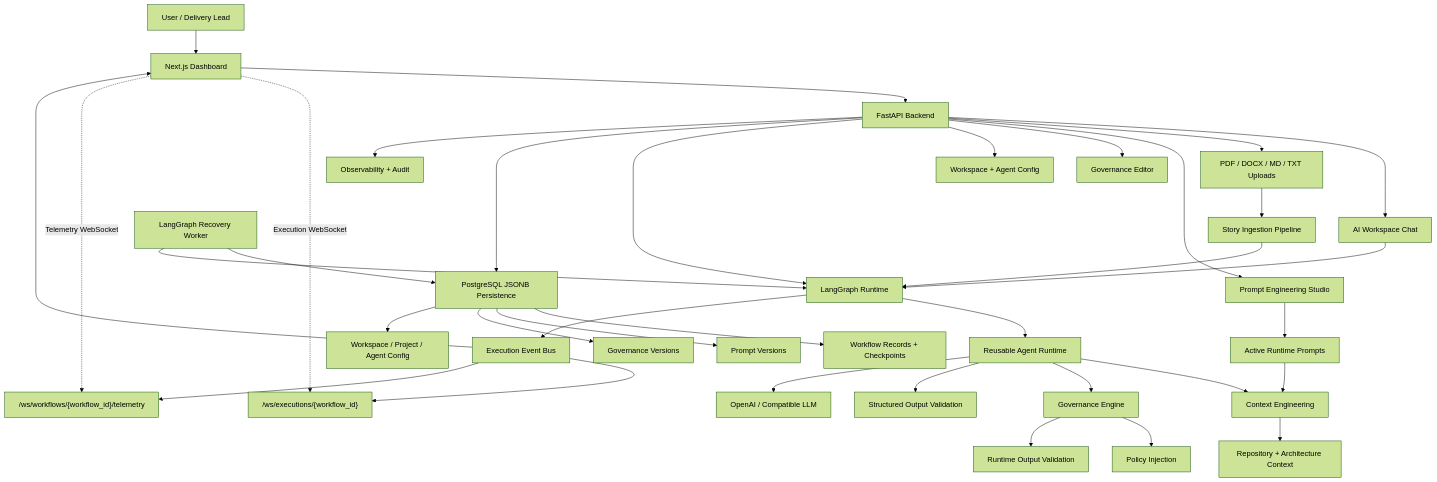
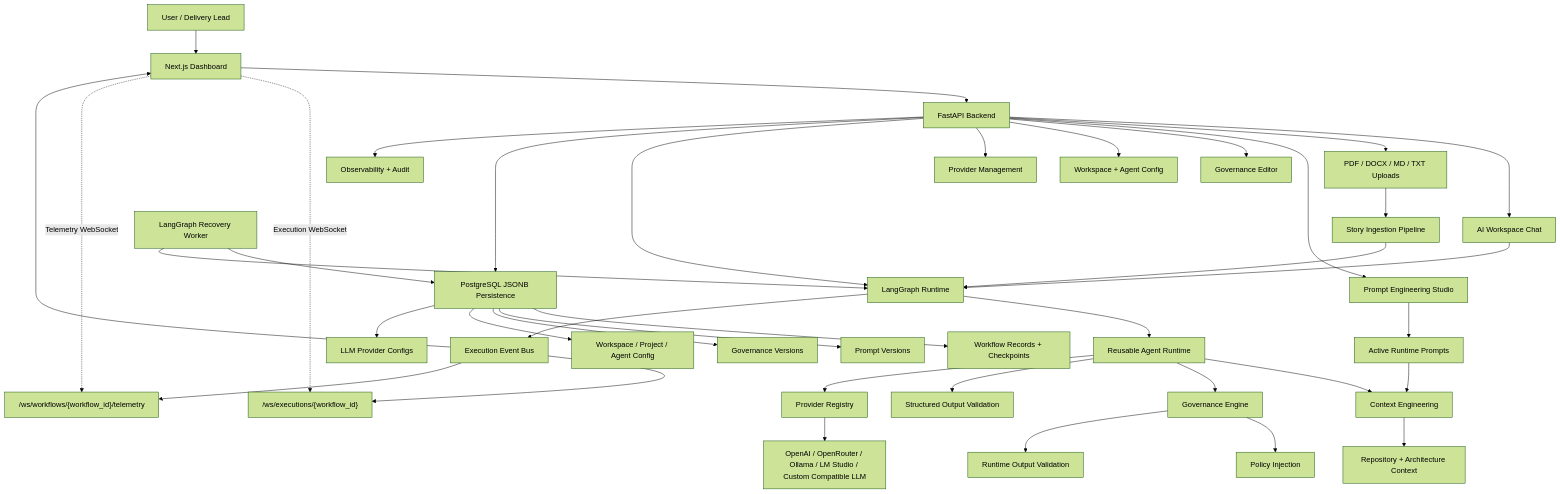
The first of 6 diagrams in README.md (fhuamanr/LegionAgents), drawn with Mermaid (forest theme) before and after one commit. The commit also changed other lines of this file and 21 other files, not shown here.

````diff
--- a/README.md
+++ b/README.md
@@ -164,45 +167,48 @@
 ```mermaid
 flowchart TB
   User["User / Delivery Lead"] --> UI["Next.js Dashboard"]
   UI --> API["FastAPI Backend"]
   UI -. "Execution WebSocket" .-> ExecutionWS["/ws/executions/{workflow_id}"]
   UI -. "Telemetry WebSocket" .-> TelemetryWS["/ws/workflows/{workflow_id}/telemetry"]
 
   API --> Chat["AI Workspace Chat"]
   API --> Uploads["PDF / DOCX / MD / TXT Uploads"]
   API --> PromptStudio["Prompt Engineering Studio"]
   API --> GovernanceEditor["Governance Editor"]
   API --> Workspaces["Workspace + Agent Config"]
+  API --> Providers["Provider Management"]
   API --> Graph["LangGraph Runtime"]
   API --> Persistence["PostgreSQL JSONB Persistence"]
   API --> Observability["Observability + Audit"]
 
   Persistence --> WorkflowRecords["Workflow Records + Checkpoints"]
   Persistence --> PromptVersions["Prompt Versions"]
   Persistence --> GovernanceVersions["Governance Versions"]
   Persistence --> WorkspaceRecords["Workspace / Project / Agent Config"]
+  Persistence --> ProviderRecords["LLM Provider Configs"]
 
   Uploads --> Ingestion["Story Ingestion Pipeline"]
   Chat --> Graph
   Ingestion --> Graph
 
   Graph --> Runtime["Reusable Agent Runtime"]
   Runtime --> Context["Context Engineering"]
   Runtime --> Governance["Governance Engine"]
   Runtime --> Validation["Structured Output Validation"]
-  Runtime --> LLM["OpenAI / Compatible LLM"]
+  Runtime --> ProviderRegistry["Provider Registry"]
+  ProviderRegistry --> LLM["OpenAI / OpenRouter / Ollama / LM Studio / Custom Compatible LLM"]
 
   Governance --> PromptRules["Policy Injection"]
   Governance --> OutputRules["Runtime Output Validation"]
   Context --> RepoContext["Repository + Architecture Context"]
   PromptStudio --> RuntimePrompts["Active Runtime Prompts"]
   RuntimePrompts --> Context
 
   Graph --> EventBus["Execution Event Bus"]
   EventBus --> ExecutionWS
   EventBus --> TelemetryWS
   EventBus --> UI
 
   Worker["LangGraph Recovery Worker"] --> Persistence
   Worker --> Graph
 ```
````
